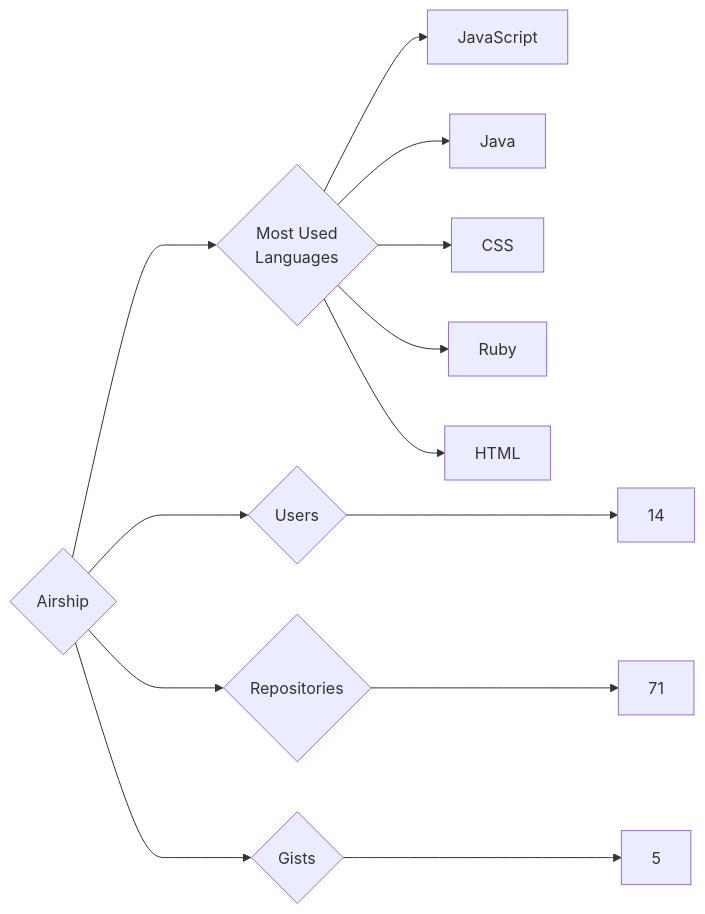
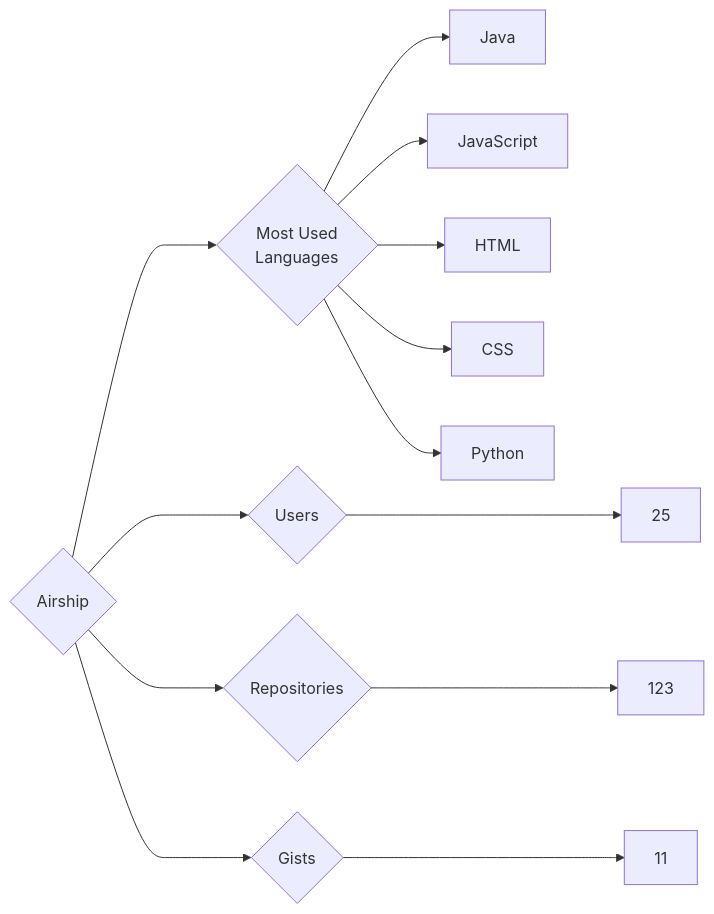
One commit to trickest/insiders changed the diagram in targets/Airship/README.md. Above: the diagram before and after it, drawn with Mermaid. The commit also changed 965 other files, not shown here.

````diff
--- a/targets/Airship/README.md
+++ b/targets/Airship/README.md
@@ -3,13 +3,13 @@
 ```mermaid
 graph LR
 COMPANY_NAME{Airship}
-COMPANY_NAME ---> U{Users} ---> UN[14]
-COMPANY_NAME ---> R{Repositories} ---> RN[71]
-COMPANY_NAME ---> G{Gists} ---> GN[5]
+COMPANY_NAME ---> U{Users} ---> UN[25]
+COMPANY_NAME ---> R{Repositories} ---> RN[123]
+COMPANY_NAME ---> G{Gists} ---> GN[11]
 COMPANY_NAME ---> ML{Most Used<br>Languages}
+ML --> Java[Java]
 ML --> JavaScript[JavaScript]
-ML --> Java[Java]
+ML --> HTML[HTML]
 ML --> CSS[CSS]
-ML --> Ruby[Ruby]
-ML --> HTML[HTML]
+ML --> Python[Python]
 ```
````
